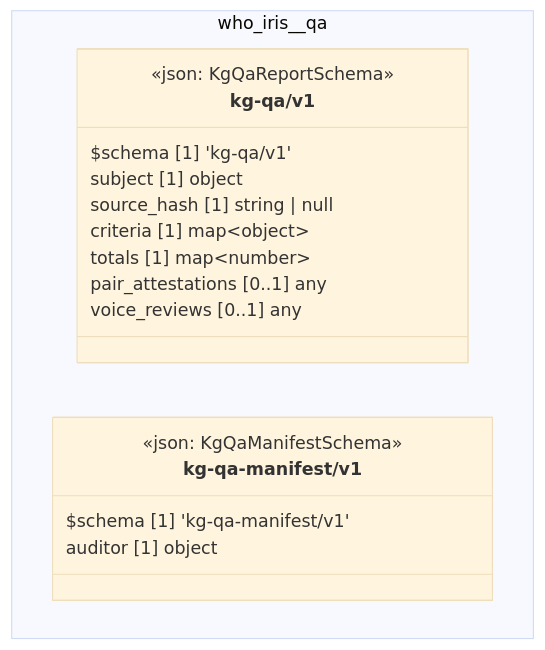
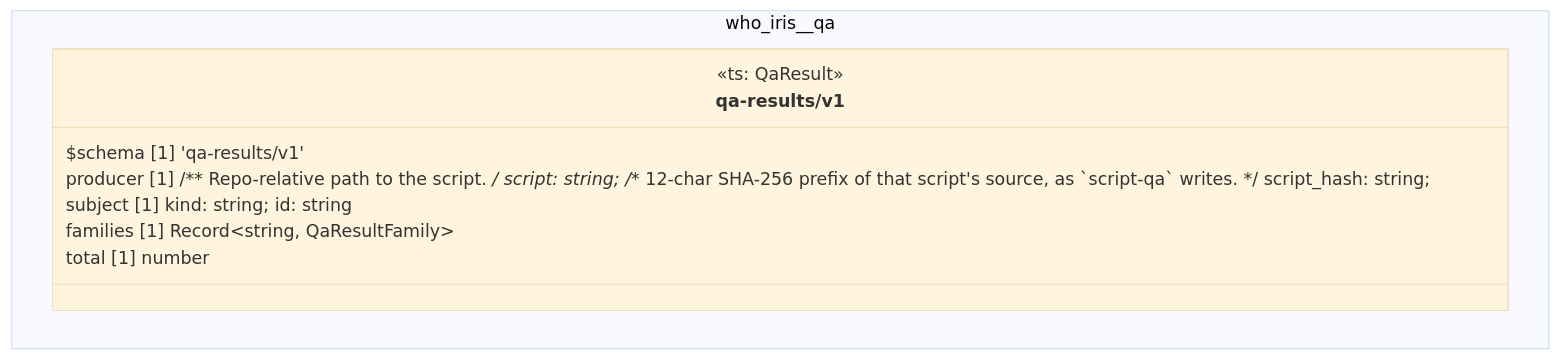
Before and after one commit to litlfred/cat-harness: the diagram in docs/uml/overview/who-iris/qa.md, drawn with Mermaid (base theme). The commit also changed other lines of this file and 406 other files, not shown here.

````diff
--- a/docs/uml/overview/who-iris/qa.md
+++ b/docs/uml/overview/who-iris/qa.md
@@ -42,23 +42,15 @@
 ```mermaid
 classDiagram
   direction TB
   namespace who_iris__qa {
-    class who_iris_qa_kg_qa_v1_kg_qa_v1["kg-qa/v1"] {
-      <<json: KgQaReportSchema>>
-      $schema [1] 'kg-qa/v1'
-      subject [1] object
-      source_hash [1] string | null
-      criteria [1] map~object~
-      totals [1] map~number~
-      pair_attestations [0..1] any
-      voice_reviews [0..1] any
-    }
-    class who_iris_qa_kg_qa_manifest_v1_kg_qa_manifest_v1["kg-qa-manifest/v1"] {
-      <<json: KgQaManifestSchema>>
-      $schema [1] 'kg-qa-manifest/v1'
-      auditor [1] object
+    class who_iris_qa_qa_results_v1["qa-results/v1"] {
+      <<ts: QaResult>>
+      $schema [1] 'qa-results/v1'
+      producer [1]  /** Repo-relative path to the script. */ script: string; /** 12-char SHA-256 prefix of that script's source, as `script-qa` writes. */ script_hash: string; 
+      subject [1]  kind: string; id: string 
+      families [1] Record~string, QaResultFamily~
+      total [1] number
     }
   }
-  cssClass "who_iris_qa_kg_qa_v1_kg_qa_v1" fa_uml_kind_qa
-  cssClass "who_iris_qa_kg_qa_manifest_v1_kg_qa_manifest_v1" fa_uml_kind_qa
+  cssClass "who_iris_qa_qa_results_v1" fa_uml_kind_qa
 ```
````
